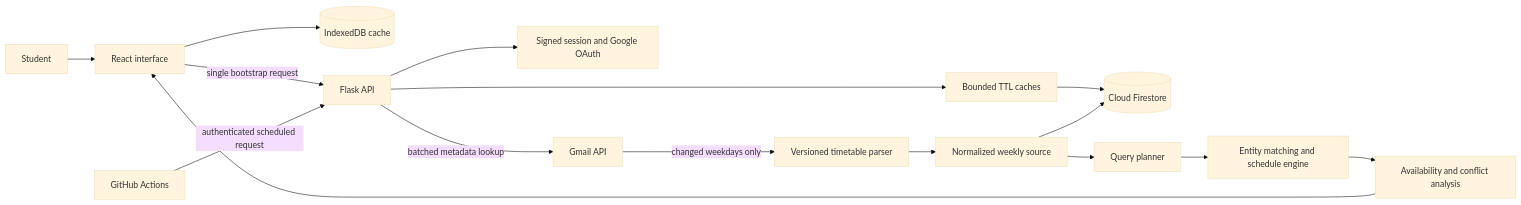
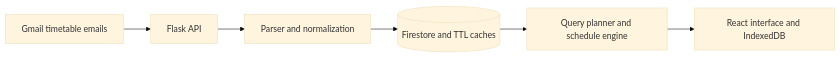
The diagram in README.md (muneeb-anjum0/ClassWire), drawn with Mermaid (base theme) before and after one commit. The commit also changed other lines of this file and 19 other files, not shown here.

````diff
--- a/README.md
+++ b/README.md
@@ -132,22 +57,8 @@
 ```mermaid
 flowchart LR
-  U[Student] --> UI[React interface]
-  UI --> IDB[(IndexedDB cache)]
-  UI -->|single bootstrap request| API[Flask API]
-
-  API --> AUTH[Signed session and Google OAuth]
-  API --> MEM[Bounded TTL caches]
-  MEM --> FS[(Cloud Firestore)]
-
-  API -->|batched metadata lookup| GM[Gmail API]
-  GM -->|changed weekdays only| PARSER[Versioned timetable parser]
-  PARSER --> NORMAL[Normalized weekly source]
-  NORMAL --> FS
-
-  NORMAL --> PLAN[Query planner]
-  PLAN --> SEARCH[Entity matching and schedule engine]
-  SEARCH --> CONFLICT[Availability and conflict analysis]
-  CONFLICT --> UI
-
-  GH[GitHub Actions] -->|authenticated scheduled request| API
+  Gmail[Gmail timetable emails] --> API[Flask API]
+  API --> Parser[Parser and normalization]
+  Parser --> Store[(Firestore and TTL caches)]
+  Store --> Search[Query planner and schedule engine]
+  Search --> UI[React interface and IndexedDB]
 ```
````
